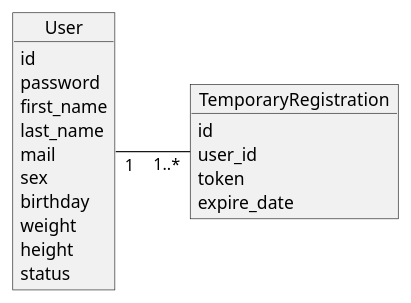
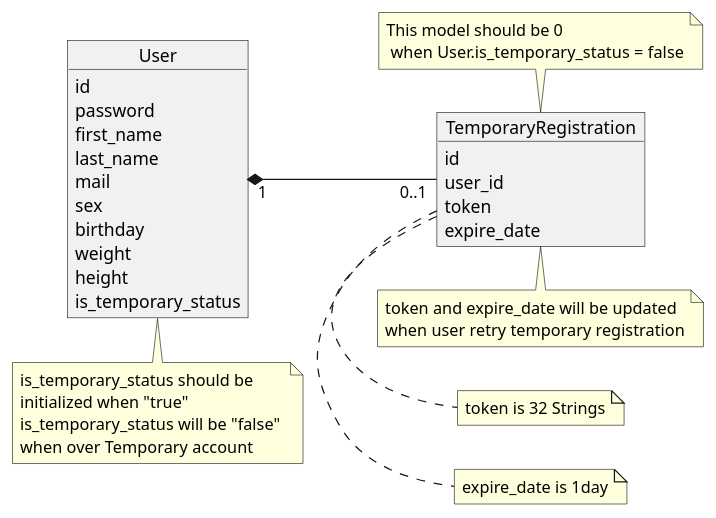
One commit to mogi86/gesundheitsvorsorge-backend changed the diagram in doc/model/model.puml. Above: the diagram before and after it, drawn with PlantUML.

Commit message:
update model for user

```diff
--- a/doc/model/model.puml
+++ b/doc/model/model.puml
@@ -1,24 +1,33 @@
 @startuml
 left to right direction
 
 object User
 User : id
 User : password
 User : first_name
 User : last_name
 User : mail
 User : sex
 User : birthday
 User : weight
 User : height   
-User : status
+User : is_temporary_status
 
 object TemporaryRegistration
 TemporaryRegistration : id
 TemporaryRegistration : user_id
 TemporaryRegistration : token
 TemporaryRegistration : expire_date
 
-User "1"--"1..*" TemporaryRegistration
+User "1"*--"0..1" TemporaryRegistration
+
+'Note for User
+note bottom of User : is_temporary_status should be \ninitialized when "true" \nis_temporary_status will be "false" \nwhen over Temporary account
+
+'Note for TemporaryRegistration
+note top of TemporaryRegistration : This model should be 0 \n when User.is_temporary_status = false
+note bottom of TemporaryRegistration : expire_date is 1day
+note bottom of TemporaryRegistration : token is 32 Strings
+note bottom of TemporaryRegistration : token and expire_date will be updated \nwhen user retry temporary registration
 
 @enduml
```
